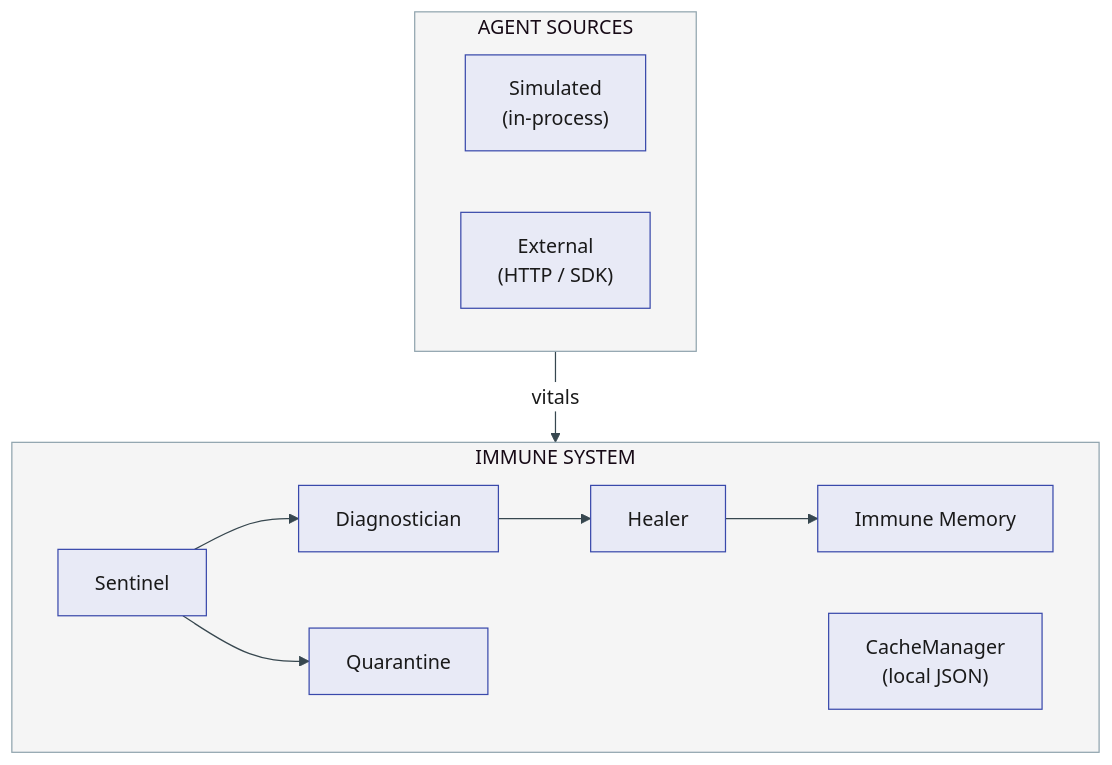
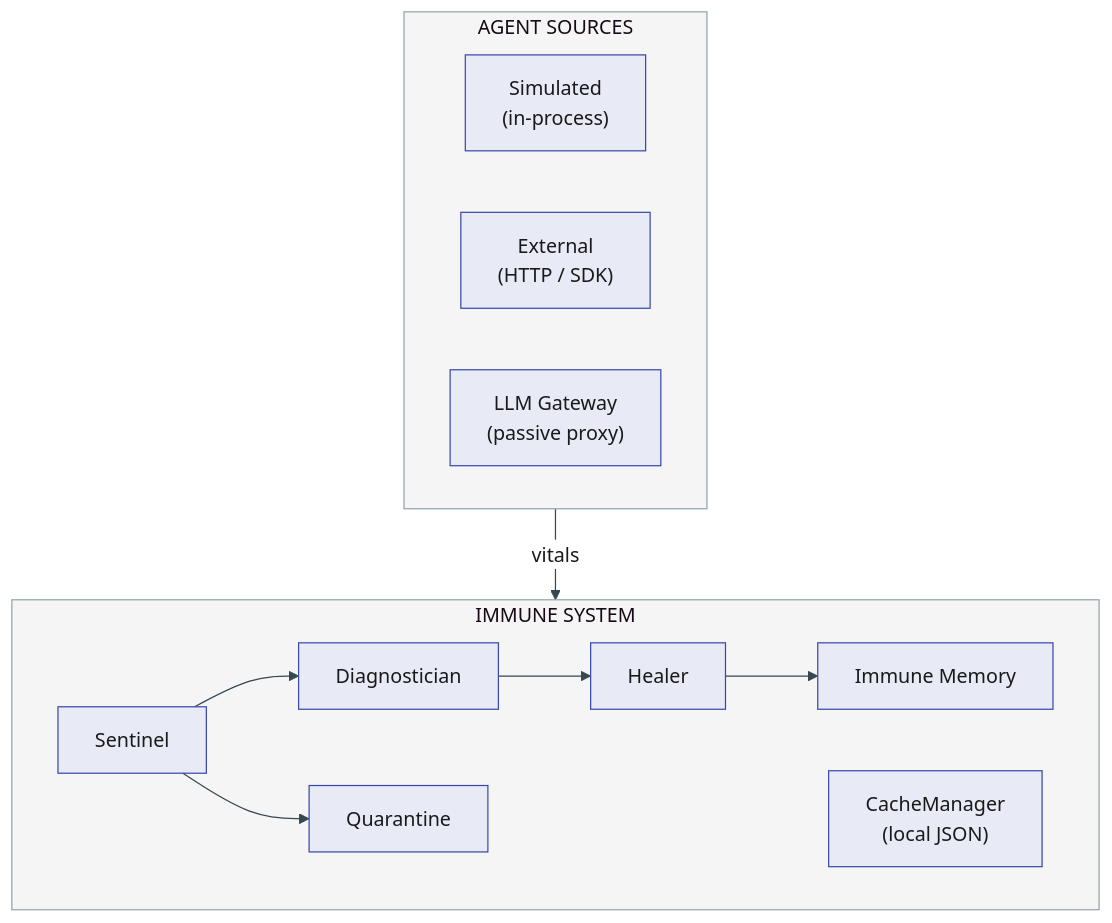
The first of 4 diagrams in README.md (sanjaybommalene/ai-agent-immune-system), drawn with Mermaid before and after one commit. The commit also changed other lines of this file and 37 other files, not shown here.

First line of the commit message:
LLM Gateway: passive agent observation, architecture decision doc, full test coverage

````diff
--- a/README.md
+++ b/README.md
@@ -79,18 +81,19 @@
 ```mermaid
 %%{init: {'theme': 'base', 'themeVariables': {'primaryColor': '#e8eaf6', 'primaryTextColor': '#1a1a1a', 'primaryBorderColor': '#3949ab', 'lineColor': '#37474f', 'secondaryColor': '#f3e5f5', 'tertiaryColor': '#e8f5e9', 'edgeLabelBackground': '#ffffff', 'clusterBkg': '#f5f5f5', 'clusterBorder': '#90a4ae'}}}%%
 flowchart TB
     subgraph sources ["AGENT SOURCES"]
         direction LR
         Sim["Simulated<br/>(in-process)"]
         Ext["External<br/>(HTTP / SDK)"]
+        GW["LLM Gateway<br/>(passive proxy)"]
     end
 
     sources -->|vitals| IS
 
     subgraph IS ["IMMUNE SYSTEM"]
         Sen[Sentinel] --> Diag[Diagnostician] --> Heal[Healer]
         Sen --> Q[Quarantine]
         Heal --> Mem[Immune Memory]
         Cache["CacheManager<br/>(local JSON)"]
     end
 ```
````
